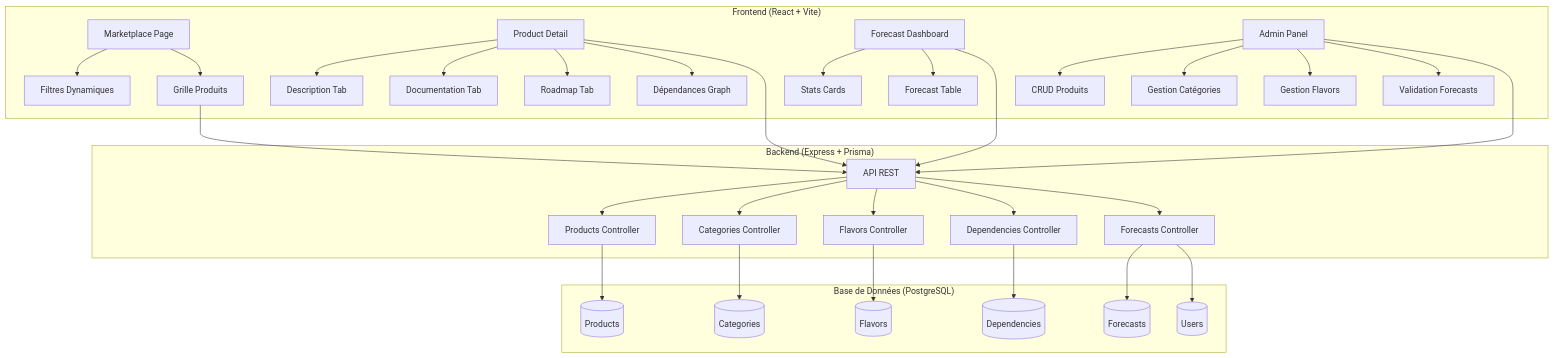
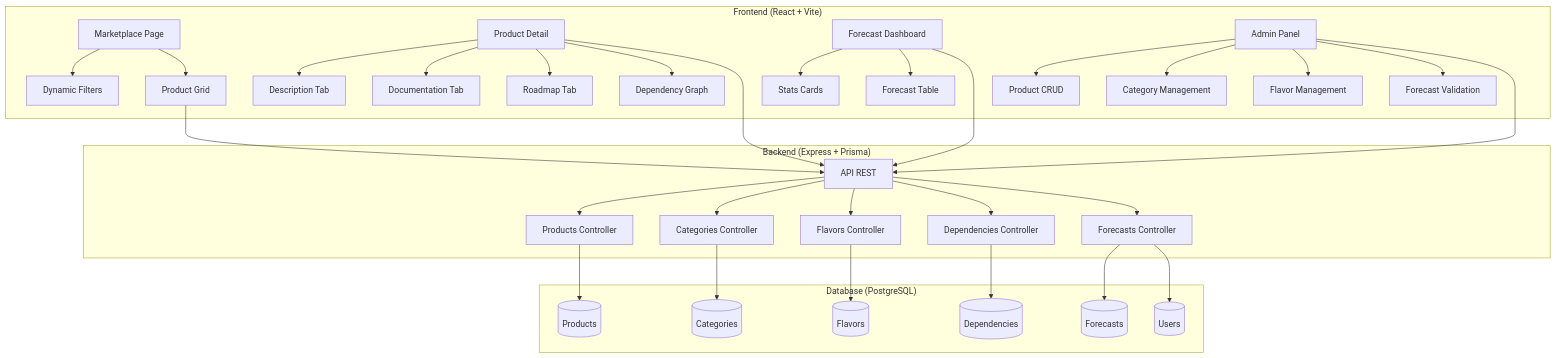
Before and after one commit to JoCloud007/MyBeautifulMarketPlace: the first of 2 diagrams in .tidet/plans/2026-07-29T10-57-35--cloudmarket-iaas.md, drawn with Mermaid. The commit also changed other lines of this file and 14 other files, not shown here.

````diff
--- a/.tidet/plans/2026-07-29T10-57-35--cloudmarket-iaas.md
+++ b/.tidet/plans/2026-07-29T10-57-35--cloudmarket-iaas.md
@@ -320,45 +320,45 @@
 ```mermaid
 graph TD
     subgraph "Frontend (React + Vite)"
-        A[Marketplace Page] --> B[Filtres Dynamiques]
-        A --> C[Grille Produits]
+        A[Marketplace Page] --> B[Dynamic Filters]
+        A --> C[Product Grid]
         D[Product Detail] --> E[Description Tab]
         D --> F[Documentation Tab]
         D --> G[Roadmap Tab]
-        D --> H[Dépendances Graph]
+        D --> H[Dependency Graph]
         I[Forecast Dashboard] --> J[Stats Cards]
         I --> K[Forecast Table]
-        L[Admin Panel] --> M[CRUD Produits]
-        L --> N[Gestion Catégories]
-        L --> O[Gestion Flavors]
-        L --> P[Validation Forecasts]
+        L[Admin Panel] --> M[Product CRUD]
+        L --> N[Category Management]
+        L --> O[Flavor Management]
+        L --> P[Forecast Validation]
     end
 
     subgraph "Backend (Express + Prisma)"
         Q[API REST] --> R[Products Controller]
         Q --> S[Categories Controller]
         Q --> T[Flavors Controller]
         Q --> U[Dependencies Controller]
         Q --> V[Forecasts Controller]
     end
 
-    subgraph "Base de Données (PostgreSQL)"
+    subgraph "Database (PostgreSQL)"
         W[(Products)]
         X[(Categories)]
         Y[(Flavors)]
         Z[(Dependencies)]
         AA[(Forecasts)]
         AB[(Users)]
     end
 
     C --> Q
     D --> Q
     I --> Q
     L --> Q
     R --> W
     S --> X
     T --> Y
     U --> Z
     V --> AA
     V --> AB
 ```
````
